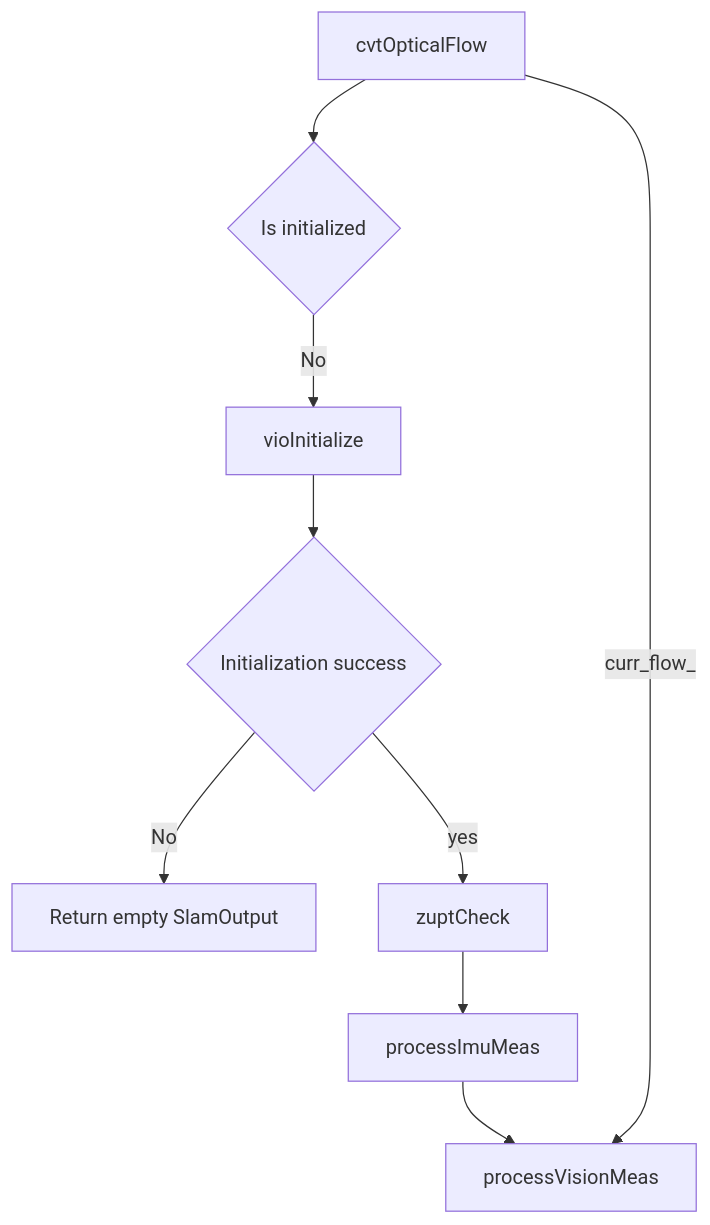
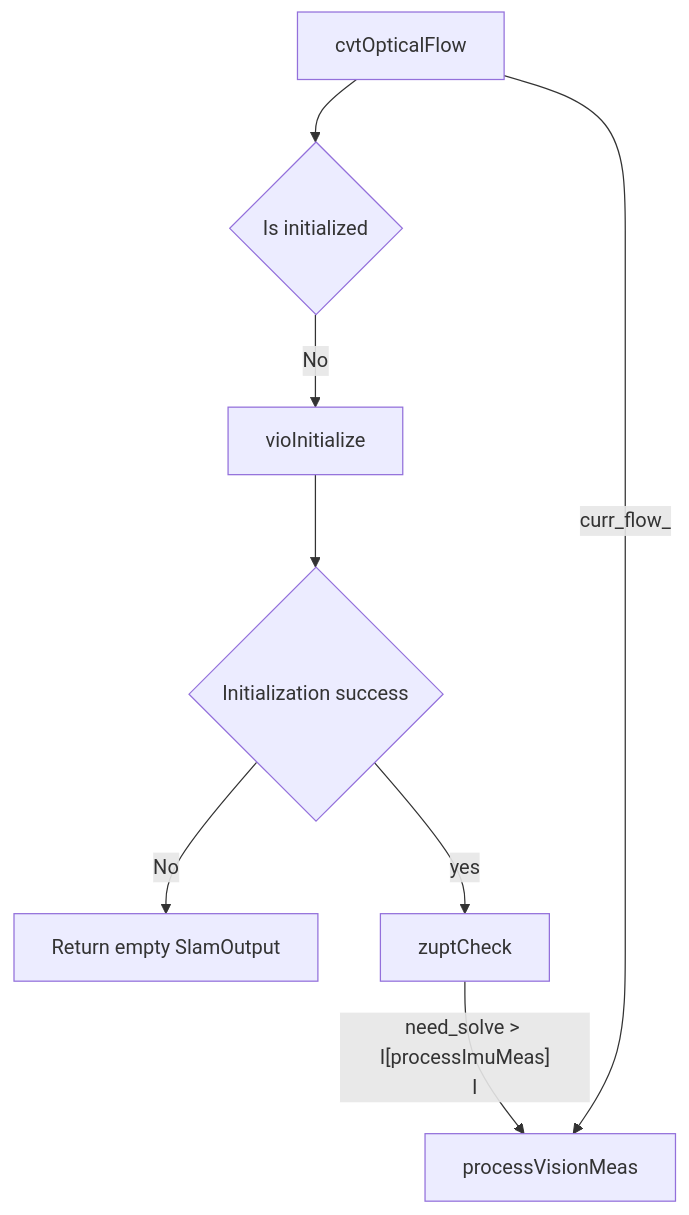
Before and after one commit to huzixuan1/iodraw-files: the diagram in all/未命名-4.md, drawn with Mermaid.

Commit message:
2025-04-24 18:07:58 update

````diff
--- a/all/未命名-4.md
+++ b/all/未命名-4.md
@@ -1,18 +1,18 @@
 ```mermaid
 graph TD
     B[cvtOpticalFlow]
     B --> C{Is initialized}
 
     C -- No --> D[vioInitialize]
     D --> E{Initialization success}
     E -- No --> F[Return empty SlamOutput]
     %% E -- Yes --> G[Set initialized = true]
     E --yes--> H
 
     H[zuptCheck]
 
     %% G --> H
-    H --> I[processImuMeas]
+    H --need_solve > I[processImuMeas]
     I --> J[processVisionMeas]
     B --curr_flow_--> J
 ```
````
